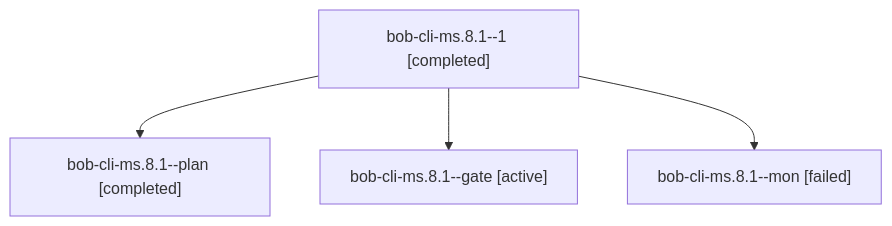
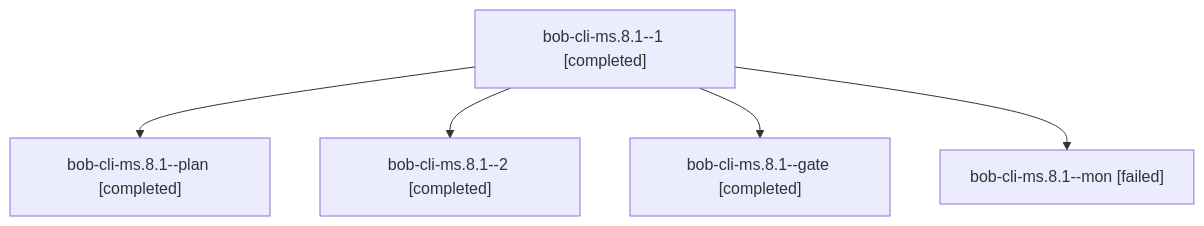
One commit to bobs-org/bob-cli--agents changed the diagram in sessions/bbugyi200.apollo.bob-cli-ms.8.1.md. Above: the diagram before and after it, drawn with Mermaid. The commit also changed other lines of this file and 69 other files, not shown here.

````diff
--- a/sessions/bbugyi200.apollo.bob-cli-ms.8.1.md
+++ b/sessions/bbugyi200.apollo.bob-cli-ms.8.1.md
@@ -9,10 +9,12 @@
 ```mermaid
 flowchart TD
   n0["bob-cli-ms.8.1--1 [completed]"]
   n1["bob-cli-ms.8.1--plan [completed]"]
   n0 --> n1
-  n2["bob-cli-ms.8.1--gate [active]"]
+  n2["bob-cli-ms.8.1--2 [completed]"]
   n0 --> n2
-  n3["bob-cli-ms.8.1--mon [failed]"]
+  n3["bob-cli-ms.8.1--gate [completed]"]
   n0 --> n3
+  n4["bob-cli-ms.8.1--mon [failed]"]
+  n0 --> n4
 ```
````
